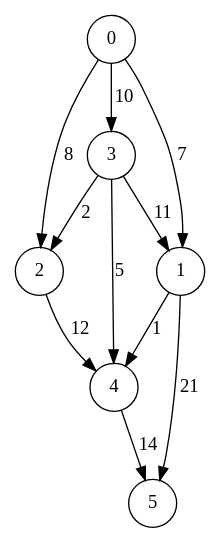
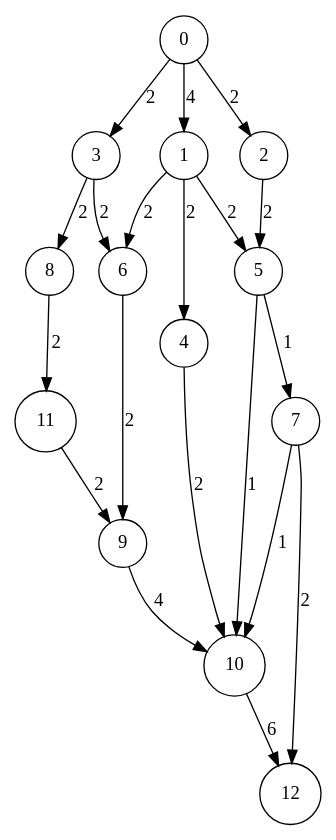
The diagram in resultat.dot (NicolasBastin/ocaml-maxflow-project), drawn with Graphviz before and after one commit. The commit also changed 24 other files, not shown here.

```diff
--- a/resultat.dot
+++ b/resultat.dot
@@ -1,19 +1,35 @@
 digraph g {
   node [shape = circle];
+  7;
+  5;
+  9;
+  11;
+  8;
+  6;
+  3;
+  10;
+  2;
   4;
   1;
-  3;
-  2;
   0;
-  5;
-  4 -> 5 [label="14"];
-  1 -> 5 [label="21"];
-  1 -> 4 [label="1"];
-  3 -> 1 [label="11"];
-  3 -> 2 [label="2"];
-  3 -> 4 [label="5"];
-  2 -> 4 [label="12"];
-  0 -> 1 [label="7"];
-  0 -> 3 [label="10"];
-  0 -> 2 [label="8"];
+  12;
+  7 -> 10 [label="1"];
+  7 -> 12 [label="2"];
+  5 -> 7 [label="1"];
+  5 -> 10 [label="1"];
+  9 -> 10 [label="4"];
+  11 -> 9 [label="2"];
+  8 -> 11 [label="2"];
+  6 -> 9 [label="2"];
+  3 -> 8 [label="2"];
+  3 -> 6 [label="2"];
+  10 -> 12 [label="6"];
+  2 -> 5 [label="2"];
+  4 -> 10 [label="2"];
+  1 -> 5 [label="2"];
+  1 -> 6 [label="2"];
+  1 -> 4 [label="2"];
+  0 -> 1 [label="4"];
+  0 -> 2 [label="2"];
+  0 -> 3 [label="2"];
 }
```
